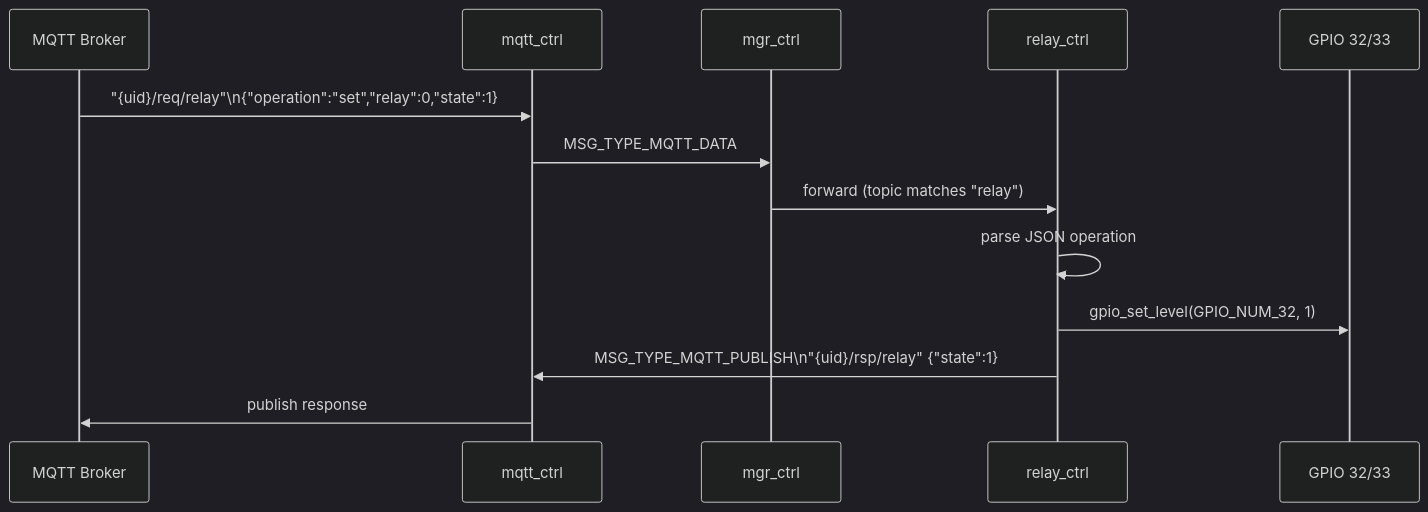
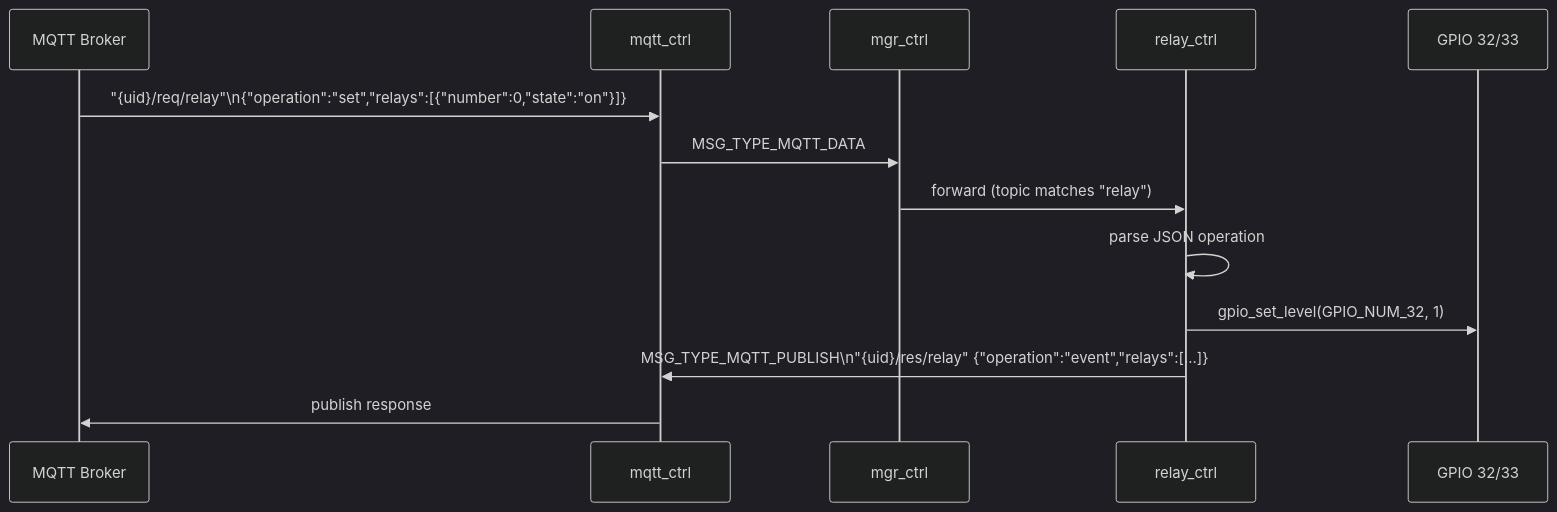
The first of 2 diagrams in docs/RELAY_CTRL.md (Strefa35/esp-platform), drawn with Mermaid (dark theme) before and after one commit. The commit also changed other lines of this file and 9 other files, not shown here.

````diff
--- a/docs/RELAY_CTRL.md
+++ b/docs/RELAY_CTRL.md
@@ -76,16 +90,16 @@
 ```mermaid
 sequenceDiagram
     participant BRK  as MQTT Broker
     participant MQTT as mqtt_ctrl
     participant MGR  as mgr_ctrl
     participant REL  as relay_ctrl
     participant HW   as GPIO 32/33
 
-    BRK->>MQTT: "{uid}/req/relay"\n{"operation":"set","relay":0,"state":1}
+    BRK->>MQTT: "{uid}/req/relay"\n{"operation":"set","relays":[{"number":0,"state":"on"}]}
     MQTT->>MGR: MSG_TYPE_MQTT_DATA
     MGR->>REL: forward (topic matches "relay")
     REL->>REL: parse JSON operation
     REL->>HW: gpio_set_level(GPIO_NUM_32, 1)
-    REL->>MQTT: MSG_TYPE_MQTT_PUBLISH\n"{uid}/rsp/relay" {"state":1}
+    REL->>MQTT: MSG_TYPE_MQTT_PUBLISH\n"{uid}/res/relay" {"operation":"event","relays":[...]}
     MQTT->>BRK: publish response
 ```
````
